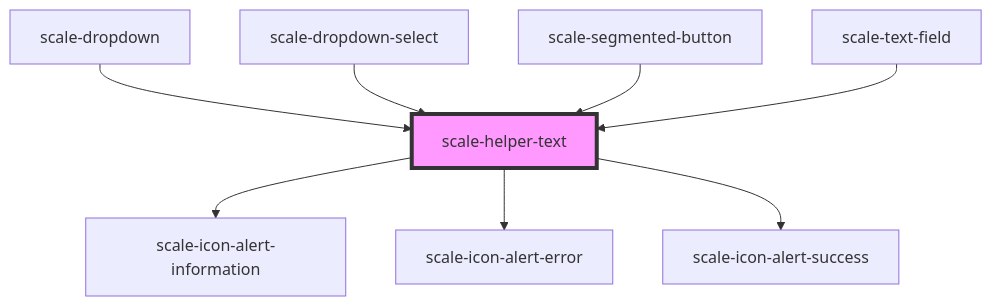
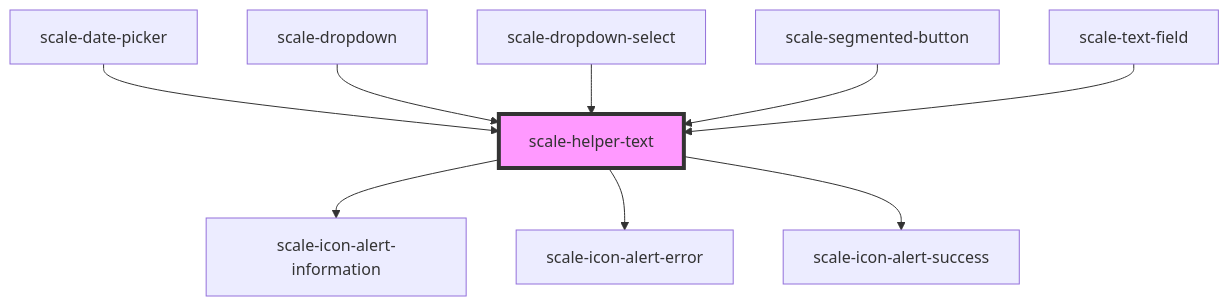
Before and after one commit to telekom/scale: the diagram in packages/components/src/components/helper-text/readme.md, drawn with Mermaid. The commit also changed other lines of this file and 3 other files, not shown here.

Commit message:
refactor: use helper-text-component

````diff
--- a/packages/components/src/components/helper-text/readme.md
+++ b/packages/components/src/components/helper-text/readme.md
@@ -51,11 +52,12 @@
 ```mermaid
 graph TD;
   scale-helper-text --> scale-icon-alert-information
   scale-helper-text --> scale-icon-alert-error
   scale-helper-text --> scale-icon-alert-success
+  scale-date-picker --> scale-helper-text
   scale-dropdown --> scale-helper-text
   scale-dropdown-select --> scale-helper-text
   scale-segmented-button --> scale-helper-text
   scale-text-field --> scale-helper-text
   style scale-helper-text fill:#f9f,stroke:#333,stroke-width:4px
 ```
````
